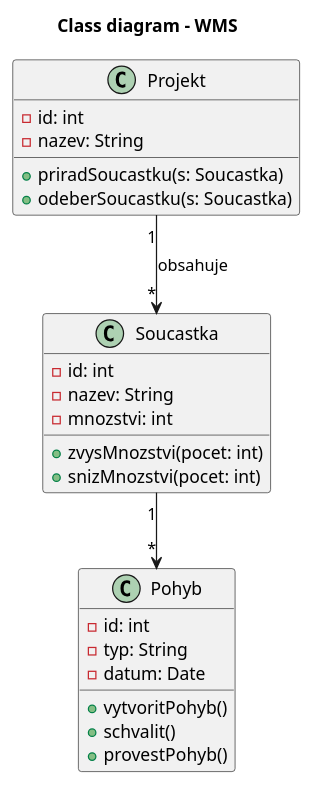
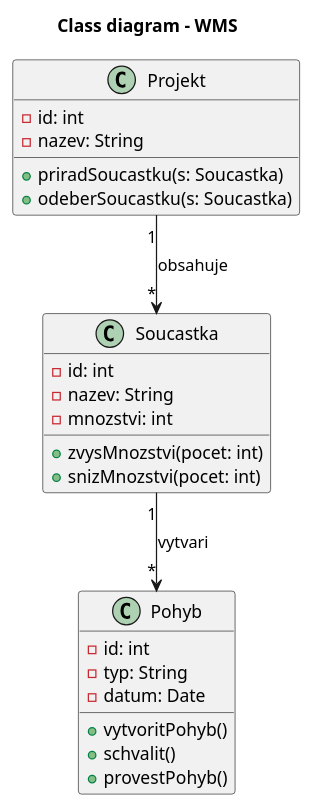
One commit to lkvapil/wms-elektronicke-soucastky changed the diagram in diagrams/02_class_diagram.puml. Above: the diagram before and after it, drawn with PlantUML. The commit also changed 9 other files, not shown here.

Commit message:
feat: full diagramy – KontrolaDat, aktivity, scenar

```diff
--- a/diagrams/02_class_diagram.puml
+++ b/diagrams/02_class_diagram.puml
@@ -1,34 +1,31 @@
 @startuml
 title Class diagram - WMS
 
 class Soucastka {
   -id: int
   -nazev: String
   -mnozstvi: int
-
   +zvysMnozstvi(pocet: int)
   +snizMnozstvi(pocet: int)
 }
 
 class Projekt {
   -id: int
   -nazev: String
-
   +priradSoucastku(s: Soucastka)
   +odeberSoucastku(s: Soucastka)
 }
 
 class Pohyb {
   -id: int
   -typ: String
   -datum: Date
-
   +vytvoritPohyb()
   +schvalit()
   +provestPohyb()
 }
 
-Soucastka "1" --> "*" Pohyb
+Soucastka "1" --> "*" Pohyb : vytvari
 Projekt "1" --> "*" Soucastka : obsahuje
 
 @enduml
```
